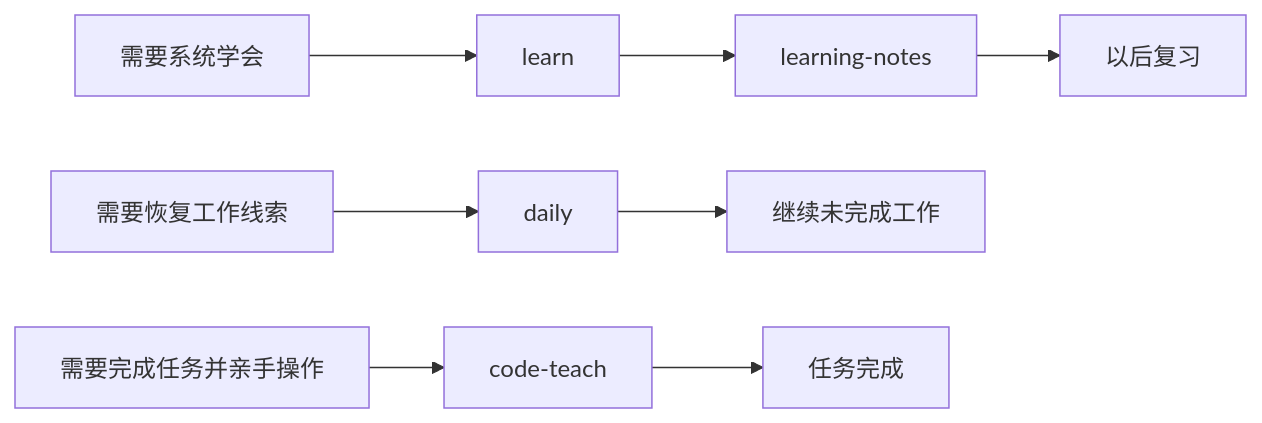
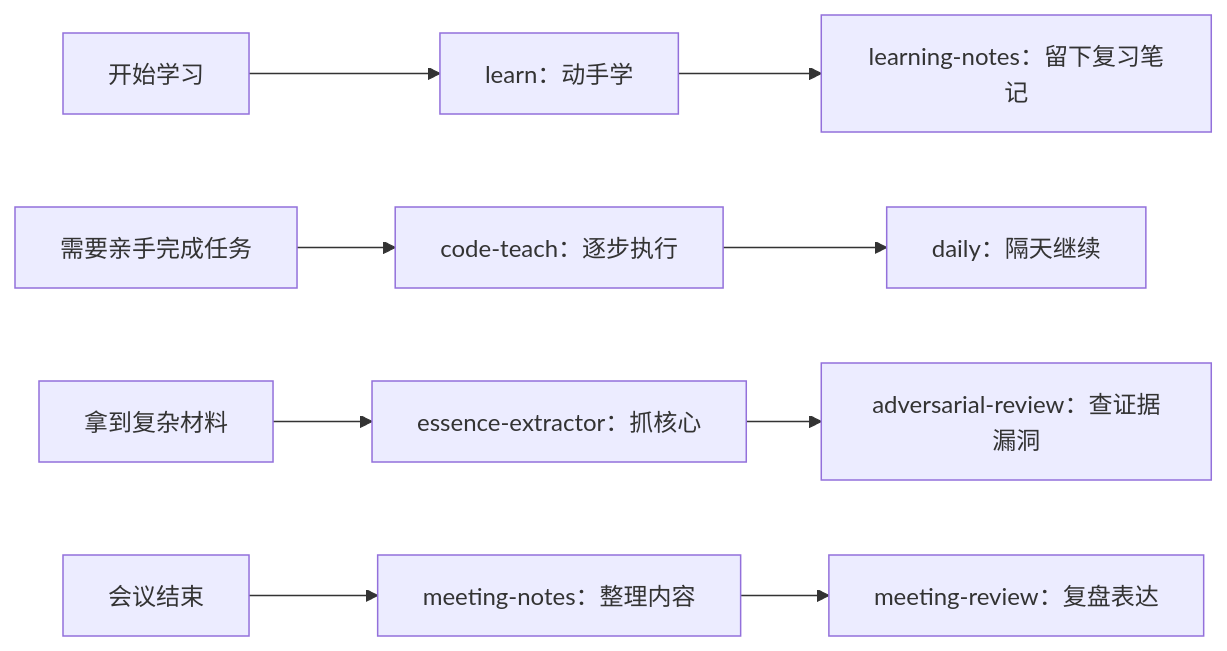
The diagram in README.md (destiny520537work-lab/fate-workskills), drawn with Mermaid before and after one commit. The commit also changed other lines of this file and 11 other files, not shown here.

Commit message:
Add review and meeting skills

````diff
--- a/README.md
+++ b/README.md
@@ -40,10 +124,14 @@
 ```mermaid
 flowchart LR
-  A[需要恢复工作线索] --> D[daily]
-  B[需要系统学会] --> L[learn]
-  L --> N[learning-notes]
-  C[需要完成任务并亲手操作] --> T[code-teach]
-  D --> E[继续未完成工作]
-  N --> R[以后复习]
-  T --> F[任务完成]
+    A["开始学习"] --> B["learn：动手学"]
+    B --> C["learning-notes：留下复习笔记"]
+
+    D["需要亲手完成任务"] --> E["code-teach：逐步执行"]
+    E --> F["daily：隔天继续"]
+
+    G["拿到复杂材料"] --> H["essence-extractor：抓核心"]
+    H --> I["adversarial-review：查证据漏洞"]
+
+    J["会议结束"] --> K["meeting-notes：整理内容"]
+    K --> L["meeting-review：复盘表达"]
 ```
````
